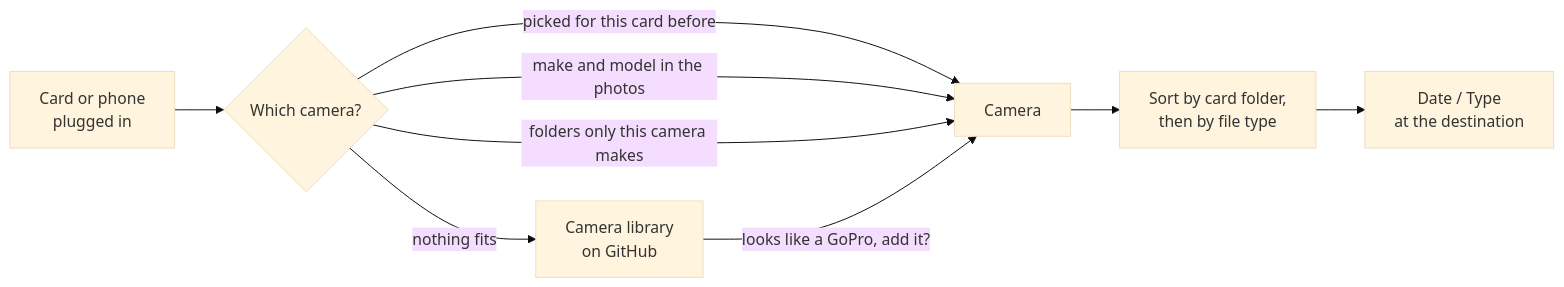
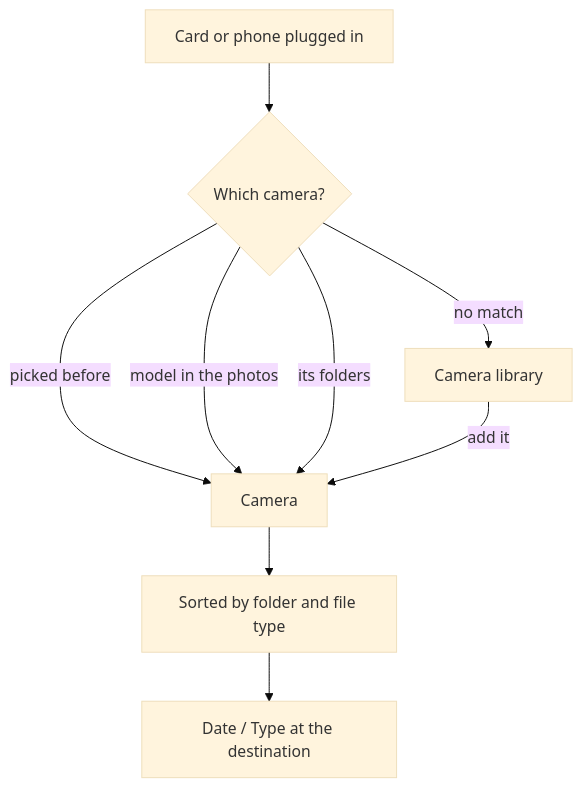
The diagram in README.md (vxnsin/sworta), drawn with Mermaid (base theme) before and after one commit.

Commit message:
README: vertical How it works diagram, readable on GitHub

````diff
--- a/README.md
+++ b/README.md
@@ -45,11 +45,11 @@
 ```mermaid
-flowchart LR
-    A[Card or phone<br>plugged in] --> B{Which camera?}
-    B -->|picked for this card before| C[Camera]
-    B -->|make and model in the photos| C
-    B -->|folders only this camera makes| C
-    B -->|nothing fits| L[Camera library<br>on GitHub]
-    L -->|looks like a GoPro, add it?| C
-    C --> D[Sort by card folder,<br>then by file type]
-    D --> E[Date / Type<br>at the destination]
+flowchart TD
+    A["Card or phone plugged in"] --> B{"Which camera?"}
+    B -- "picked before" --> C["Camera"]
+    B -- "model in the photos" --> C
+    B -- "its folders" --> C
+    B -- "no match" --> L["Camera library"]
+    L -- "add it" --> C
+    C --> D["Sorted by folder and file type"]
+    D --> E["Date / Type at the destination"]
 ```
````
